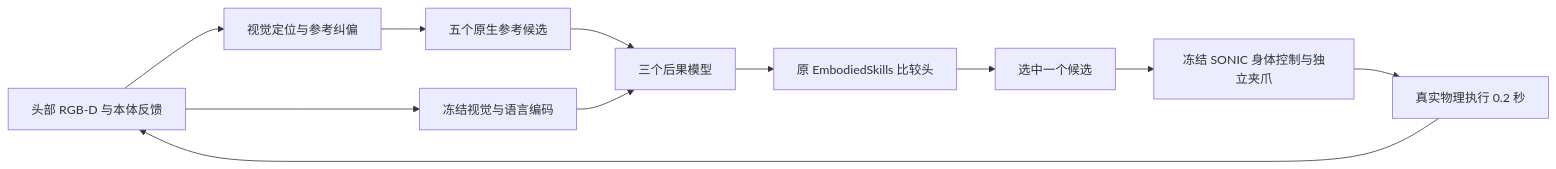
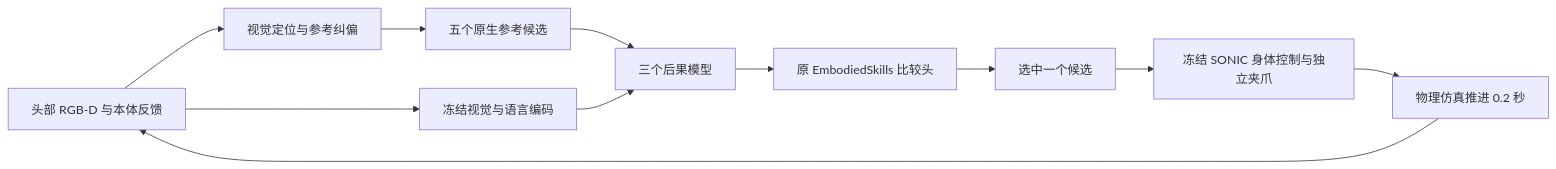
One commit to sxh-kk/G1_EmbodiedSkills changed the diagram in README.md. Above: the diagram before and after it, drawn with Mermaid. The commit also changed other lines of this file and 5 other files, not shown here.

````diff
--- a/README.md
+++ b/README.md
@@ -28,13 +32,13 @@
 ```mermaid
 flowchart LR
   A[头部 RGB-D 与本体反馈] --> B[视觉定位与参考纠偏]
   B --> C[五个原生参考候选]
   A --> D[冻结视觉与语言编码]
   C --> E[三个后果模型]
   D --> E
   E --> F[原 EmbodiedSkills 比较头]
   F --> G[选中一个候选]
   G --> H[冻结 SONIC 身体控制与独立夹爪]
-  H --> I[真实物理执行 0.2 秒]
+  H --> I[物理仿真推进 0.2 秒]
   I --> A
 ```
````
